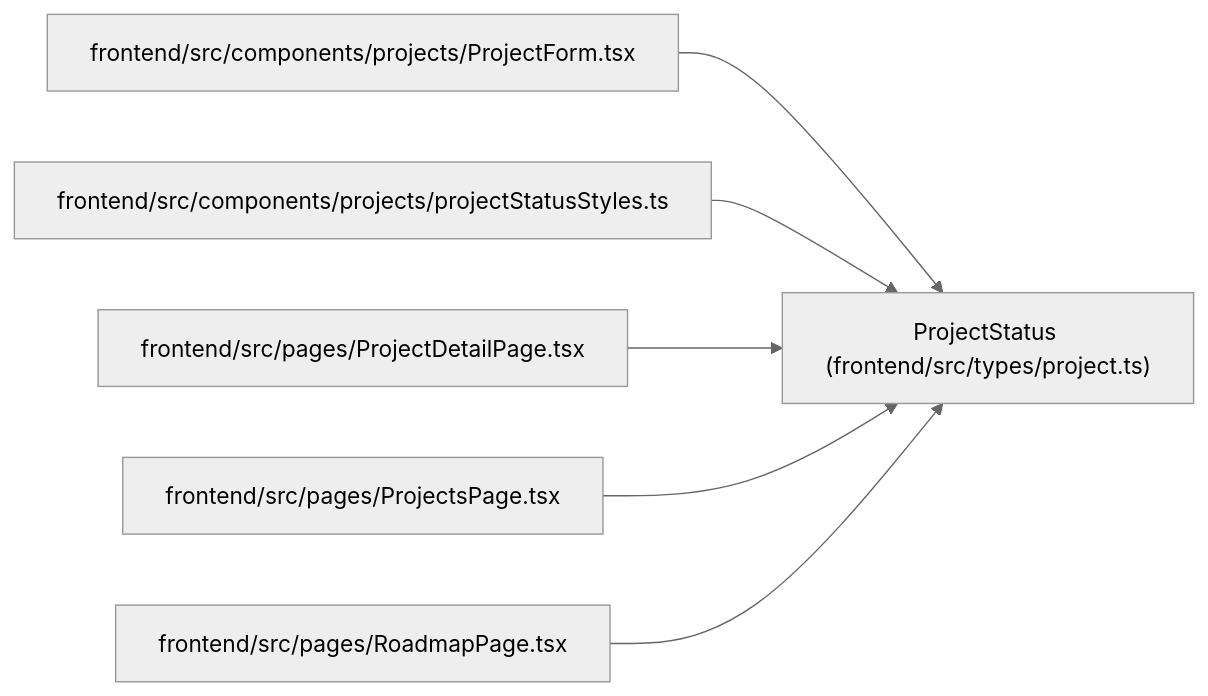
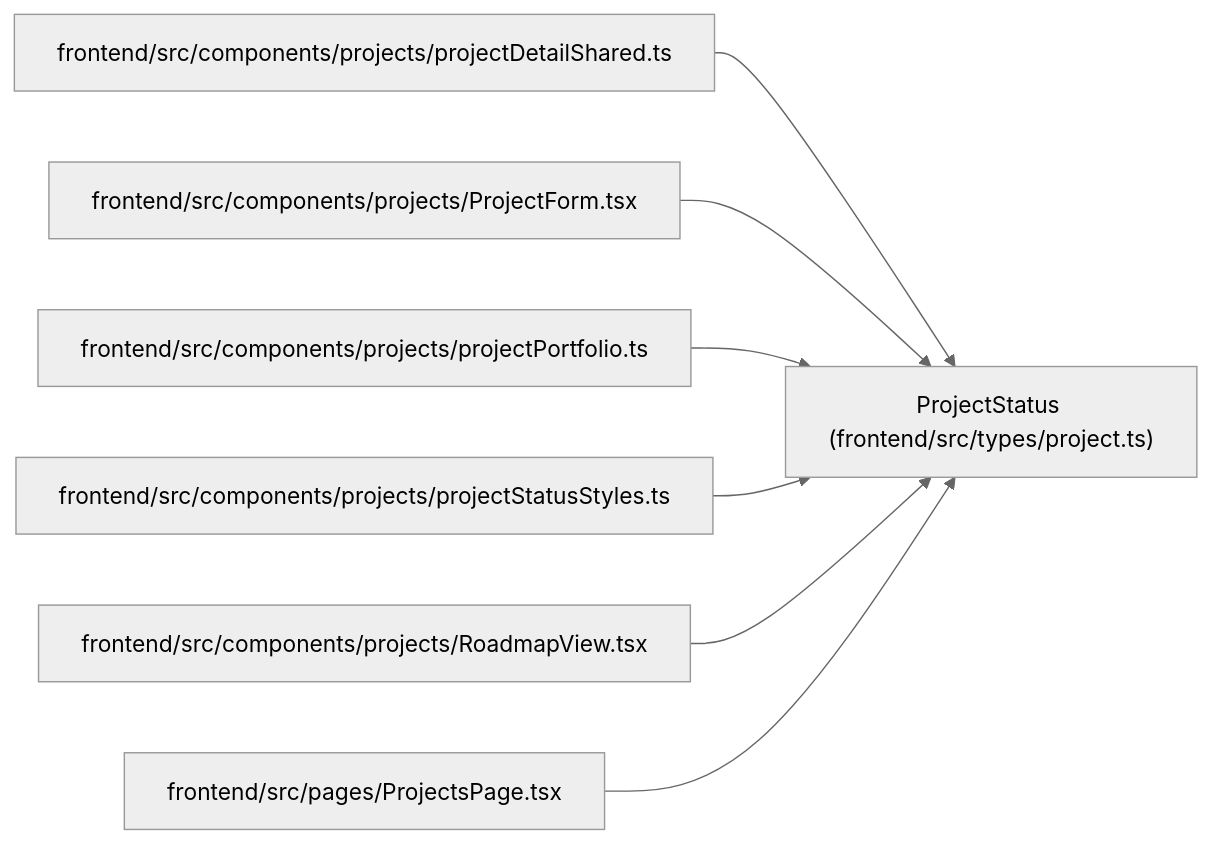
The diagram in docs/llm_wiki/entities/types_project_ProjectStatus.md (Denissvgn/WorkChord), drawn with Mermaid (neutral theme) before and after one commit. The commit also changed other lines of this file and 2373 other files, not shown here.

````diff
--- a/docs/llm_wiki/entities/types_project_ProjectStatus.md
+++ b/docs/llm_wiki/entities/types_project_ProjectStatus.md
@@ -28,20 +28,23 @@
 ```mermaid
 flowchart LR
     n0["ProjectStatus (frontend/src/types/project.ts)"]
-    n1["frontend/src/components/projects/ProjectForm.tsx"]
-    n2["frontend/src/components/projects/projectStatusStyles.ts"]
-    n3["frontend/src/pages/ProjectDetailPage.tsx"]
-    n4["frontend/src/pages/ProjectsPage.tsx"]
-    n5["frontend/src/pages/RoadmapPage.tsx"]
+    n1["frontend/src/components/projects/projectDetailShared.ts"]
+    n2["frontend/src/components/projects/ProjectForm.tsx"]
+    n3["frontend/src/components/projects/projectPortfolio.ts"]
+    n4["frontend/src/components/projects/projectStatusStyles.ts"]
+    n5["frontend/src/components/projects/RoadmapView.tsx"]
+    n6["frontend/src/pages/ProjectsPage.tsx"]
     n1 --> n0
     n2 --> n0
     n3 --> n0
     n4 --> n0
     n5 --> n0
+    n6 --> n0
     click n0 "../modules/types_project.md"
-    click n1 "../modules/ProjectForm.md"
-    click n2 "../modules/projectStatusStyles.md"
-    click n3 "../modules/ProjectDetailPage.md"
-    click n4 "../modules/ProjectsPage.md"
-    click n5 "../modules/RoadmapPage.md"
+    click n1 "../modules/projectDetailShared.md"
+    click n2 "../modules/ProjectForm.md"
+    click n3 "../modules/projectPortfolio.md"
+    click n4 "../modules/projectStatusStyles.md"
+    click n5 "../modules/RoadmapView.md"
+    click n6 "../modules/ProjectsPage.md"
 ```
````
